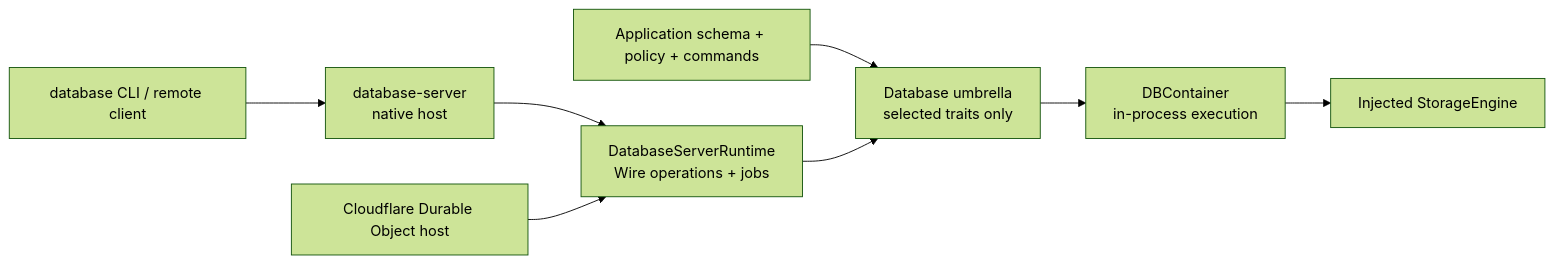
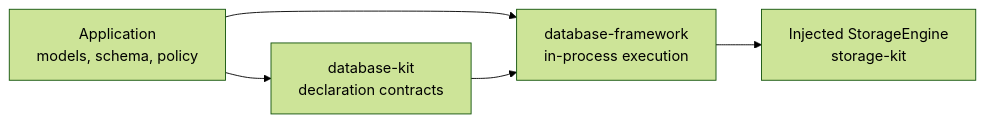
Before and after one commit to 1amageek/database-framework: the diagram in README.md, drawn with Mermaid (forest theme). The commit also changed other lines of this file and 103 other files, not shown here.

Commit message:
Own in-process database execution semantics

````diff
--- a/README.md
+++ b/README.md
@@ -31,11 +24,7 @@
 ```mermaid
 flowchart LR
-    App["Application schema + policy + commands"] --> Framework["Database umbrella<br/>selected traits only"]
-    Framework --> Container["DBContainer<br/>in-process execution"]
-    Container --> Storage["Injected StorageEngine"]
-
-    CLI["database CLI / remote client"] --> Host["database-server<br/>native host"]
-    Host --> Runtime["DatabaseServerRuntime<br/>Wire operations + jobs"]
-    Cloudflare["Cloudflare Durable Object host"] --> Runtime
-    Runtime --> Framework
+    App["Application<br/>models, schema, policy"] --> Kit["database-kit<br/>declaration contracts"]
+    App --> Framework["database-framework<br/>in-process execution"]
+    Kit --> Framework
+    Framework --> Storage["Injected StorageEngine<br/>storage-kit"]
 ```
````
